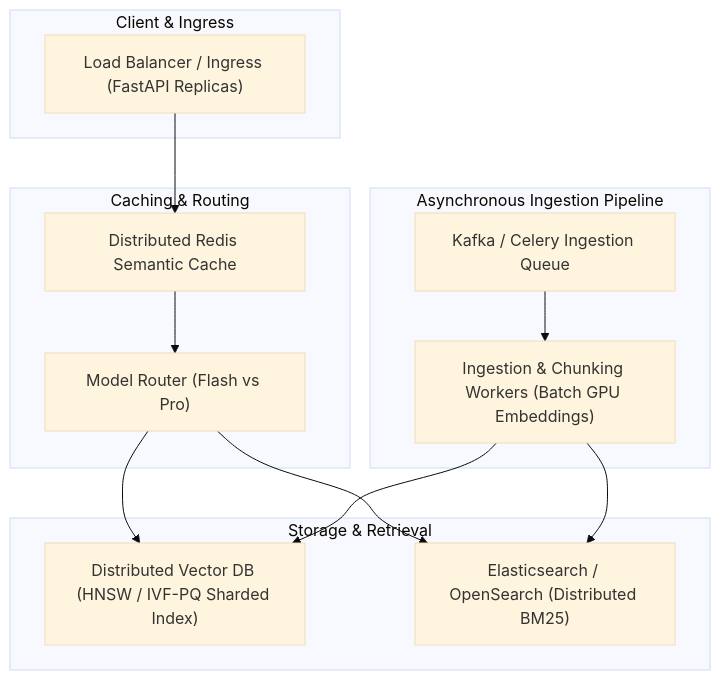
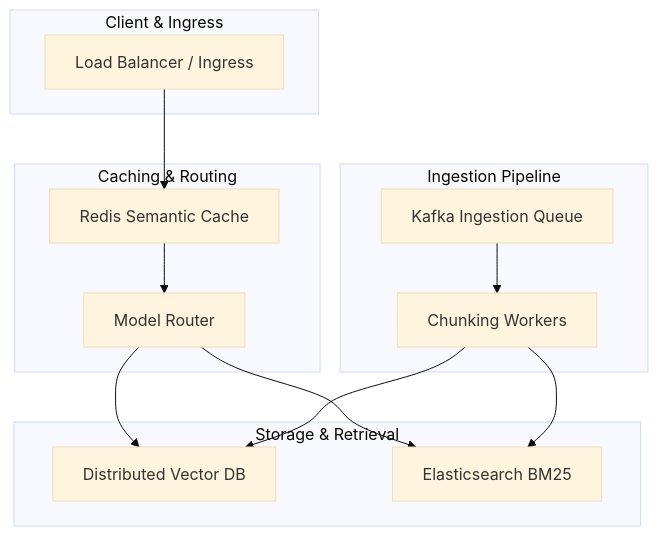
Before and after one commit to Souheil007/Rag_Full_Version: the diagram in plans/plan5.md, drawn with Mermaid (base theme). The commit also changed 6 other files, not shown here.

Commit message:
docs: standardize all Mermaid diagrams across docs and plans to clean flowchart format

````diff
--- a/plans/plan5.md
+++ b/plans/plan5.md
@@ -10,29 +10,29 @@
 ```mermaid
 flowchart TD
-    subgraph Client_Layer["Client & Ingress"]
-        LB["Load Balancer / Ingress (FastAPI Replicas)"]
+    subgraph Client ["Client & Ingress"]
+        LB["Load Balancer / Ingress"]
     end
 
-    subgraph Caching_and_Routing["Caching & Routing"]
-        Redis["Distributed Redis Semantic Cache"]
-        Router["Model Router (Flash vs Pro)"]
+    subgraph Cache ["Caching & Routing"]
+        Redis["Redis Semantic Cache"]
+        Router["Model Router"]
     end
 
-    subgraph Distributed_Storage["Storage & Retrieval"]
-        Qdrant["Distributed Vector DB (HNSW / IVF-PQ Sharded Index)"]
-        ES["Elasticsearch / OpenSearch (Distributed BM25)"]
+    subgraph Storage ["Storage & Retrieval"]
+        Qdrant["Distributed Vector DB"]
+        ES["Elasticsearch BM25"]
     end
 
-    subgraph Async_Workers["Asynchronous Ingestion Pipeline"]
-        Queue["Kafka / Celery Ingestion Queue"]
-        Workers["Ingestion & Chunking Workers (Batch GPU Embeddings)"]
+    subgraph Ingestion ["Ingestion Pipeline"]
+        Queue["Kafka Ingestion Queue"]
+        Workers["Chunking Workers"]
     end
 
     LB --> Redis
     Redis --> Router
     Router --> Qdrant
     Router --> ES
     Queue --> Workers
     Workers --> Qdrant
     Workers --> ES
 ```
````
